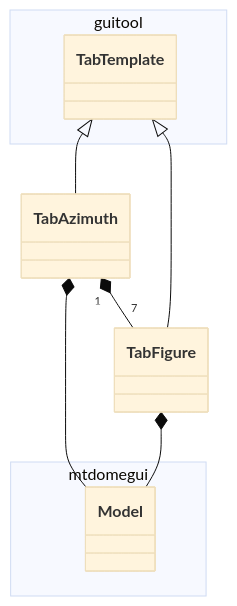
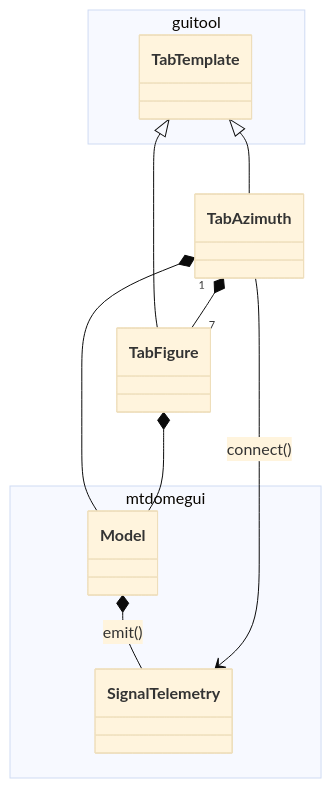
Before and after one commit to lsst-ts/ts_mtdomegui: the diagram in doc/uml/tab/class_tab_azimuth.mmd, drawn with Mermaid (base theme). The commit also changed 11 other files, not shown here.

```diff
--- a/doc/uml/tab/class_tab_azimuth.mmd
+++ b/doc/uml/tab/class_tab_azimuth.mmd
@@ -1,17 +1,21 @@
 classDiagram
 
 namespace guitool {
   class TabTemplate
 }
 
 namespace mtdomegui {
   class Model
+  class SignalTelemetry
 }
+
+Model *-- SignalTelemetry : emit()
 
 TabTemplate <|-- TabAzimuth
 TabTemplate <|-- TabFigure
 
 TabAzimuth *-- Model
 TabAzimuth "1" *-- "7" TabFigure
+TabAzimuth --> SignalTelemetry : connect()
 
 TabFigure *-- Model
```
